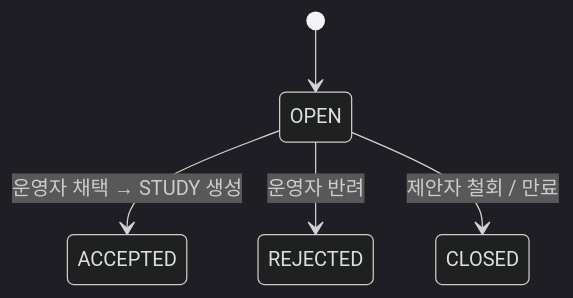
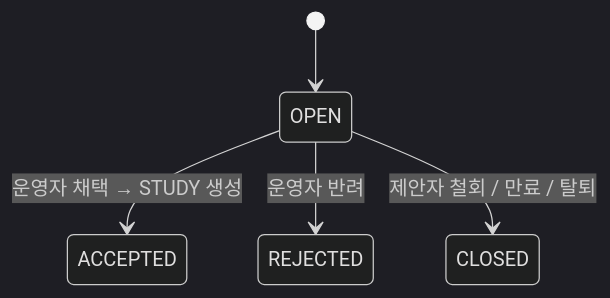
One commit to StudyClub-PlusPlus/studyclub-engineering changed the diagram in docs/erd/STUDY_PROPOSAL.md. Above: the diagram before and after it, drawn with Mermaid (dark theme). The commit also changed other lines of this file and 1 other file, not shown here.

Commit message:
docs: PR #110 리뷰 반영 — 세션 무효화, 서버 판정, 신청서 discordNickname 비식별
- SESSION(Redis) 이 아직 구현되지 않은 사실을 반영해 토큰 무효화 관련
  문구를 정정하고, 프론트가 로그아웃과 동일한 정리를 재사용하도록 명시
- GET /api/me/studies 응답을 원본 studyStatus 대신 서버가 판정을 끝낸
  isActiveNavigator 계산 필드로 변경. @RequireOnboarding 과의 상호작용도
  근거를 남겨 명확히 함
- STUDY_APPLICATION.FORM_ANSWER.discordNickname 비식별 처리 추가 —
  ACCOUNT.DISCORD_NICKNAME 스냅샷이라 원본과 같은 파기 대상
- STUDY_PROPOSAL 의 CLOSED 전이에 "탈퇴" 트리거를 ERD 정본 문서
  (docs/erd/STUDY_PROPOSAL.md) 에도 반영해 다른 스쿼드가 참고 가능하게 함
- 공동 네비게이터가 남아도 경고 조건은 동일하다는 점을 명시(인계 필요
  여부는 시스템이 판단하지 않는다는 기존 정책과 일치)
- 실제 디스코드 서버 role 제거는 범위 밖임을 명시
- NOTIFICATION PENDING 취소 처리는 notification 모듈과 별도 논의가
  필요해 이번 라운드에서는 보류 (리뷰 스레드에서 계속 논의)

````diff
--- a/docs/erd/STUDY_PROPOSAL.md
+++ b/docs/erd/STUDY_PROPOSAL.md
@@ -29,7 +29,7 @@
 ```mermaid
 stateDiagram-v2
   [*] --> OPEN
   OPEN --> ACCEPTED : 운영자 채택 → STUDY 생성
   OPEN --> REJECTED : 운영자 반려
-  OPEN --> CLOSED : 제안자 철회 / 만료
+  OPEN --> CLOSED : 제안자 철회 / 만료 / 탈퇴
 ```
````
